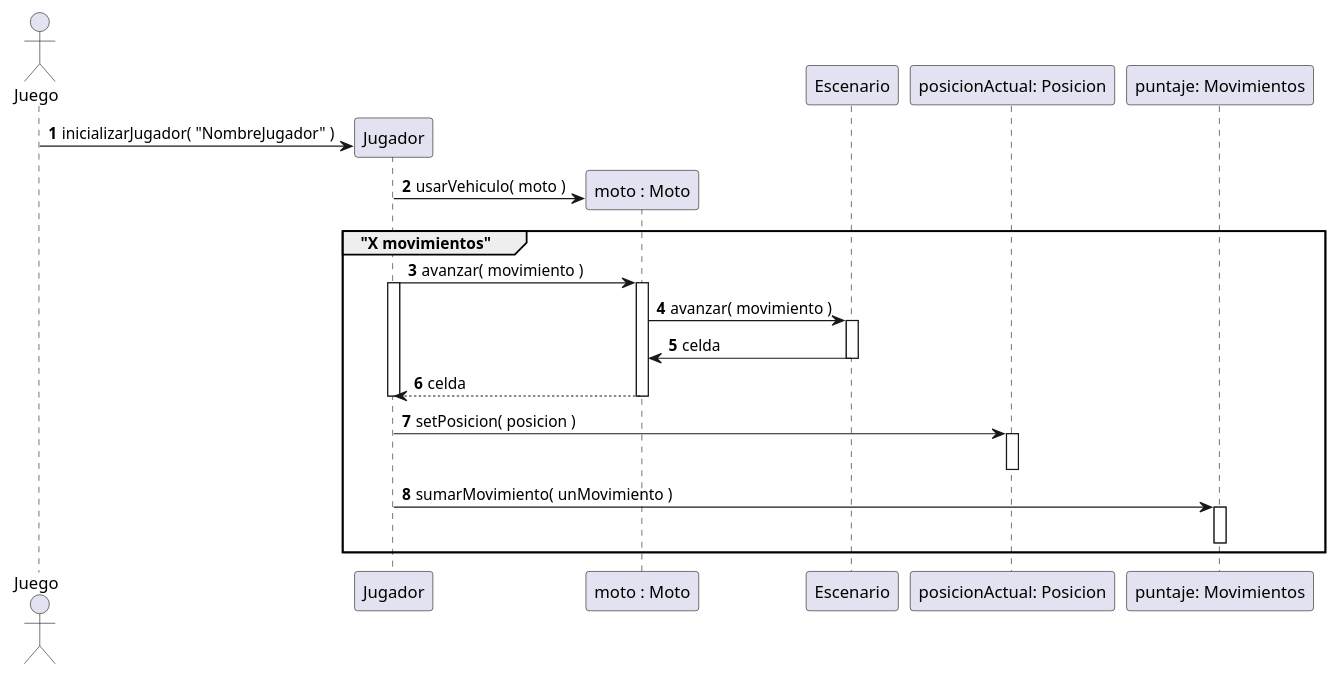
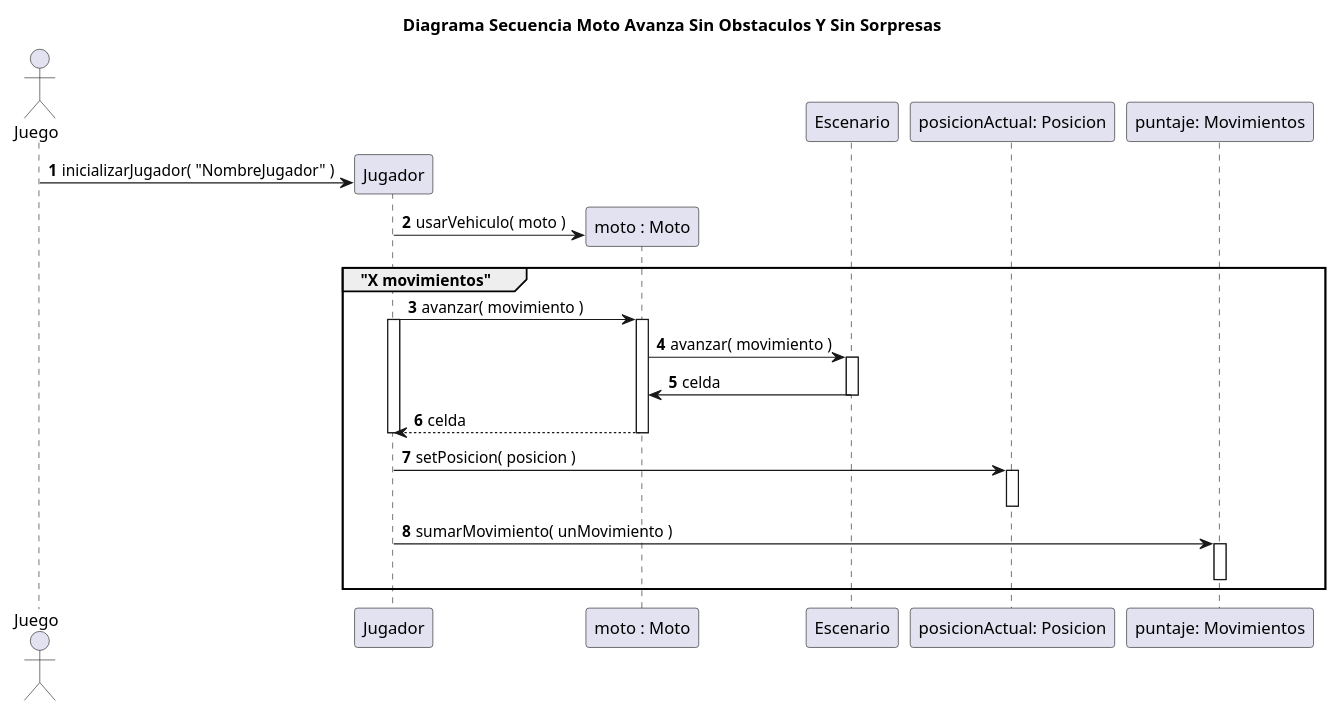
One commit to rodrigovzq/algo3_tp2 changed the diagram in diagrams/borradores/DiagramaSequenciaCasoSinObstaculosSinSorpresas.puml. Above: the diagram before and after it, drawn with PlantUML. The commit also changed 1 other file, not shown here.

Commit message:
Actualización diagramas

```diff
--- a/diagrams/borradores/DiagramaSequenciaCasoSinObstaculosSinSorpresas.puml
+++ b/diagrams/borradores/DiagramaSequenciaCasoSinObstaculosSinSorpresas.puml
@@ -1,42 +1,43 @@
 @startuml
 ' Primer acercamiento al diagrama de secuencia de la
 ' primer entrega.
 
 'Problema que se nos presento:
 'Todo anda bien porque es el caso feliz...
 ' - ¿Que pasa si hay un obstaculo/sorpresa?
 ' - ¿Quien se entera?
 ' Los obstaculos y la sorpresa modifican los movimientos o vehiculo
 'del jugador dependiendo del vehiculo o sorpresa que toque.
+title Diagrama Secuencia Moto Avanza Sin Obstaculos Y Sin Sorpresas
+autonumber
 
-autonumber
 actor Juego
 
 create Jugador
 '¿Hace falta, para este diagrama en particular, comunicar
 ' como se inicializa el jugador?
 Juego -> Jugador: inicializarJugador( "NombreJugador" )
 create "moto : Moto"
 
 '¿De donde sacamos que vehiculo usar?
 
 Jugador -> "moto : Moto": usarVehiculo( moto )
 
 'Para cada movimiento hecho por el jugador...
 group "X movimientos"
     Jugador -> "moto : Moto": avanzar( movimiento )
     activate Jugador
     activate "moto : Moto"
     "moto : Moto" -> Escenario++: avanzar( movimiento )
     Escenario -> "moto : Moto": celda
     deactivate Escenario
     "moto : Moto" --> Jugador: celda
     deactivate "moto : Moto"
     deactivate Jugador
 
     Jugador -> "posicionActual: Posicion"++: setPosicion( posicion )
     deactivate "posicionActual: Posicion"
     Jugador -> "puntaje: Movimientos"++: sumarMovimiento( unMovimiento )
     deactivate "puntaje: Movimientos"
 end
 @enduml
```
